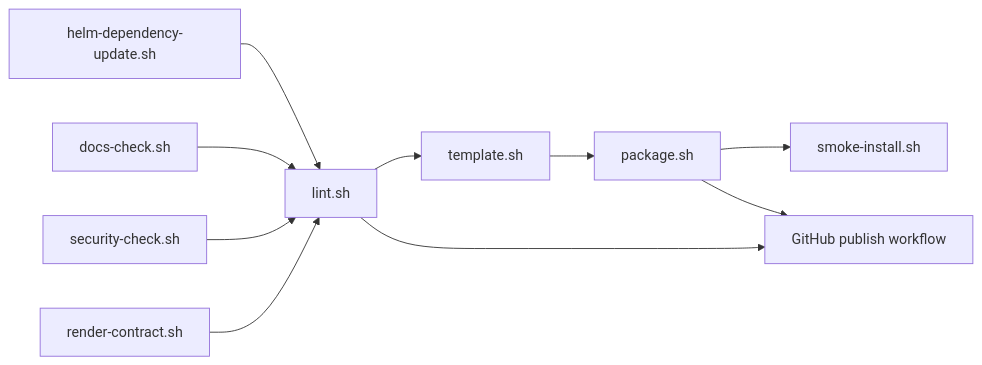
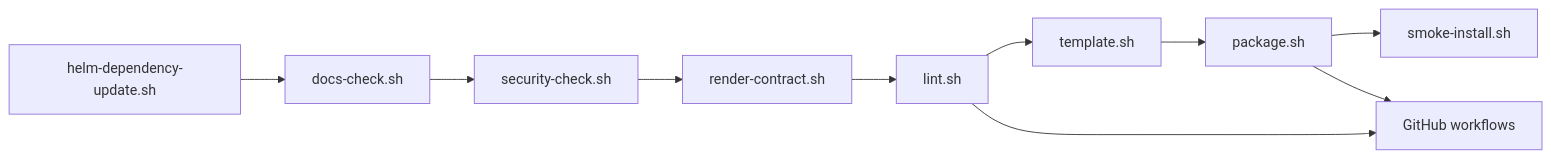
Before and after one commit to sanger-pathogens/dlh-in-a-box-umbrella-helm-chart: the diagram in hack/README.md, drawn with Mermaid. The commit also changed other lines of this file and 27 other files, not shown here.

Commit message:
Rewrite and simplify chart documentation

````diff
--- a/hack/README.md
+++ b/hack/README.md
@@ -8,12 +11,12 @@
 ```mermaid
 flowchart LR
-  Update[helm-dependency-update.sh] --> Lint[lint.sh]
-  Docs[docs-check.sh] --> Lint
-  Security[security-check.sh] --> Lint
-  Contract[render-contract.sh] --> Lint
+  Deps[helm-dependency-update.sh] --> Docs[docs-check.sh]
+  Docs --> Security[security-check.sh]
+  Security --> Contract[render-contract.sh]
+  Contract --> Lint[lint.sh]
   Lint --> Render[template.sh]
   Render --> Package[package.sh]
   Package --> Smoke[smoke-install.sh]
-  Lint --> Publish[GitHub publish workflow]
+  Lint --> Publish[GitHub workflows]
   Package --> Publish
 ```
````
